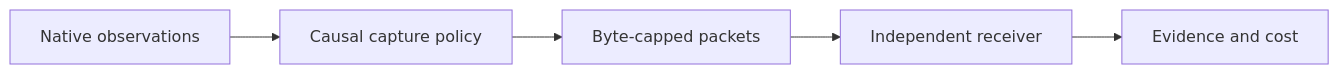
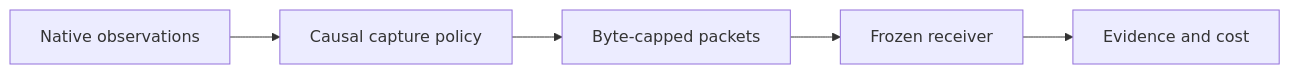
Before and after one commit to simonbalanoff/telemetry-anomaly-engine: the diagram in README.md, drawn with Mermaid. The commit also changed other lines of this file and 8 other files, not shown here.

````diff
--- a/README.md
+++ b/README.md
@@ -21,7 +22,7 @@
 ```mermaid
 flowchart LR
     A[Native observations] --> B[Causal capture policy]
     B --> C[Byte-capped packets]
-    C --> D[Independent receiver]
+    C --> D[Frozen receiver]
     D --> E[Evidence and cost]
 ```
````
